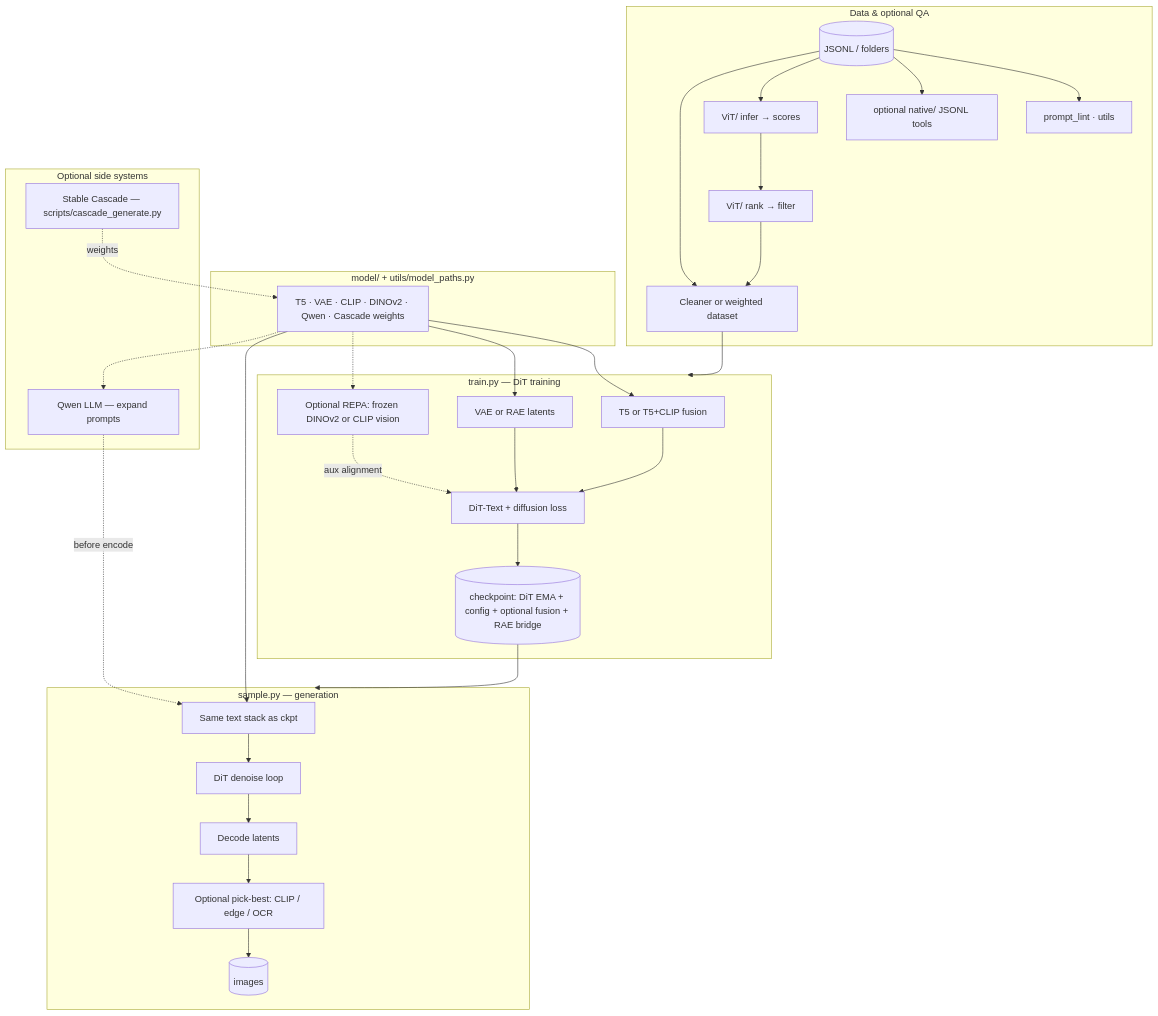
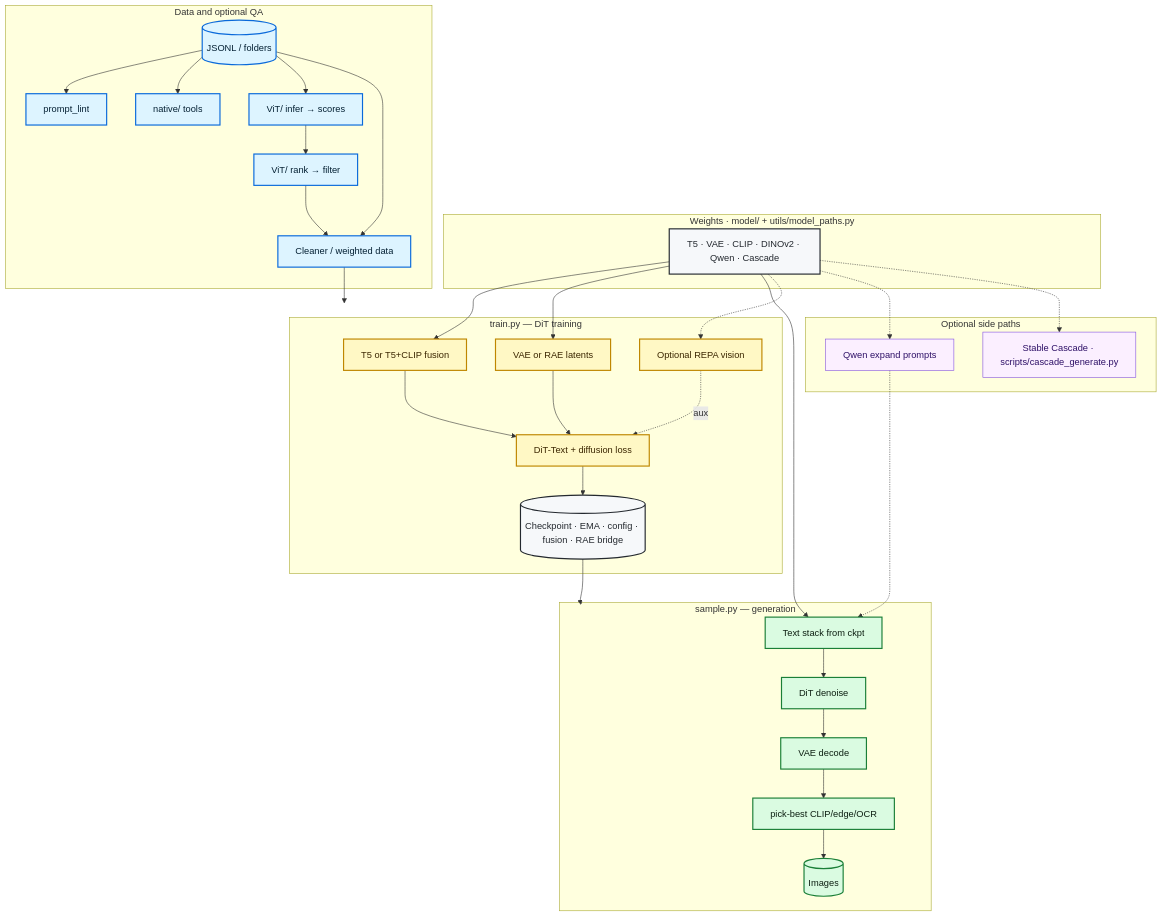
The first of 3 diagrams in README.md (Llunarstack/sdx), drawn with Mermaid before and after one commit. The commit also changed other lines of this file and 132 other files, not shown here.

````diff
--- a/README.md
+++ b/README.md
@@ -92,57 +114,63 @@
 ```mermaid
 flowchart TB
-  subgraph Weights["model/ + utils/model_paths.py"]
-    W[T5 · VAE · CLIP · DINOv2 · Qwen · Cascade weights]
+  classDef weight fill:#f6f8fa,stroke:#24292f,stroke-width:2px,color:#24292f
+  classDef data fill:#ddf4ff,stroke:#0969da,stroke-width:2px,color:#042033
+  classDef train fill:#fff8c5,stroke:#bf8700,stroke-width:2px,color:#3b2600
+  classDef sample fill:#dafbe1,stroke:#1a7f37,stroke-width:2px,color:#0d1f12
+  classDef side fill:#fbefff,stroke:#8250df,stroke-width:1px,color:#2e1067
+
+  subgraph WG["Weights · model/ + utils/model_paths.py"]
+    W[T5 · VAE · CLIP · DINOv2 · Qwen · Cascade]:::weight
   end
 
-  subgraph DataLayer["Data & optional QA"]
-    DS[(JSONL / folders)]
-    PL[prompt_lint · utils]
-    NT[optional native/ JSONL tools]
-    VITI[ViT/ infer → scores]
-    VITR[ViT/ rank → filter]
+  subgraph DL["Data and optional QA"]
+    DS[(JSONL / folders)]:::data
+    PL[prompt_lint]:::data
+    NT[native/ tools]:::data
+    V1[ViT/ infer → scores]:::data
+    V2[ViT/ rank → filter]:::data
+    DS2[Cleaner / weighted data]:::data
     DS --> PL
     DS --> NT
-    DS --> VITI
-    VITI --> VITR
-    VITR --> DS2[Cleaner or weighted dataset]
+    DS --> V1
+    V1 --> V2
+    V2 --> DS2
     DS --> DS2
   end
 
-  subgraph TrainPath["train.py — DiT training"]
-    TE[T5 or T5+CLIP fusion]
-    VA[VAE or RAE latents]
-    REP[Optional REPA: frozen DINOv2 or CLIP vision]
-    DIT[DiT-Text + diffusion loss]
-    W --> TE
-    W --> VA
-    W -.-> REP
+  subgraph TR["train.py — DiT training"]
+    TE[T5 or T5+CLIP fusion]:::train
+    VA[VAE or RAE latents]:::train
+    REP[Optional REPA vision]:::train
+    DIT[DiT-Text + diffusion loss]:::train
+    CKPT[(Checkpoint · EMA · config · fusion · RAE bridge)]:::weight
     TE --> DIT
     VA --> DIT
-    REP -.->|aux alignment| DIT
-    DIT --> CKPT[(checkpoint: DiT EMA + config + optional fusion + RAE bridge)]
+    REP -.->|aux| DIT
+    DIT --> CKPT
   end
 
-  subgraph SamplePath["sample.py — generation"]
-    TE2[Same text stack as ckpt]
-    DIT2[DiT denoise loop]
-    DEC[Decode latents]
-    PB[Optional pick-best: CLIP / edge / OCR]
-    W --> TE2
-    TE2 --> DIT2
-    DIT2 --> DEC
-    DEC --> PB
-    PB --> IMG[(images)]
+  subgraph SM["sample.py — generation"]
+    TE2[Text stack from ckpt]:::sample
+    DN[DiT denoise]:::sample
+    DC[VAE decode]:::sample
+    PB[pick-best CLIP/edge/OCR]:::sample
+    IMG[(Images)]:::sample
+    TE2 --> DN --> DC --> PB --> IMG
   end
 
-  subgraph Side["Optional side systems"]
-    QW[Qwen LLM — expand prompts]
-    CAS[Stable Cascade — scripts/cascade_generate.py]
+  subgraph OP["Optional side paths"]
+    QW[Qwen expand prompts]:::side
+    CAS[Stable Cascade · scripts/cascade_generate.py]:::side
   end
 
-  DS2 --> TrainPath
-  CKPT --> SamplePath
-  QW -.->|before encode| TE2
+  W --> TE
+  W --> VA
+  W --> TE2
+  W -.-> REP
   W -.-> QW
-  CAS -.->|weights| W
+  W -.-> CAS
+  DS2 --> TR
+  CKPT --> SM
+  QW -.-> TE2
 ```
````
